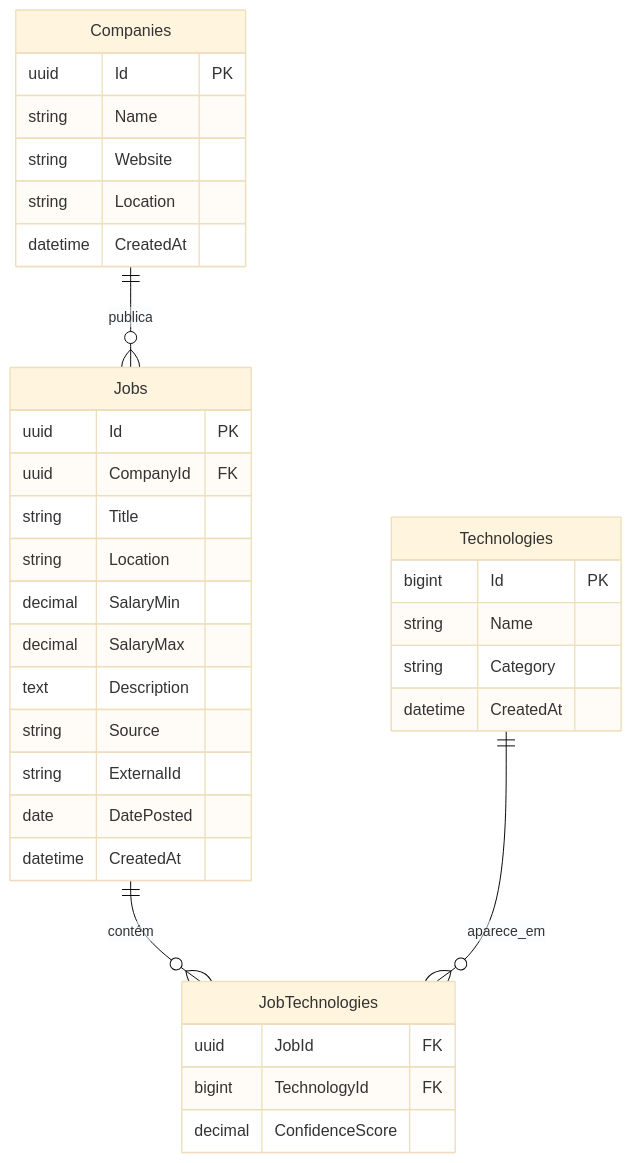
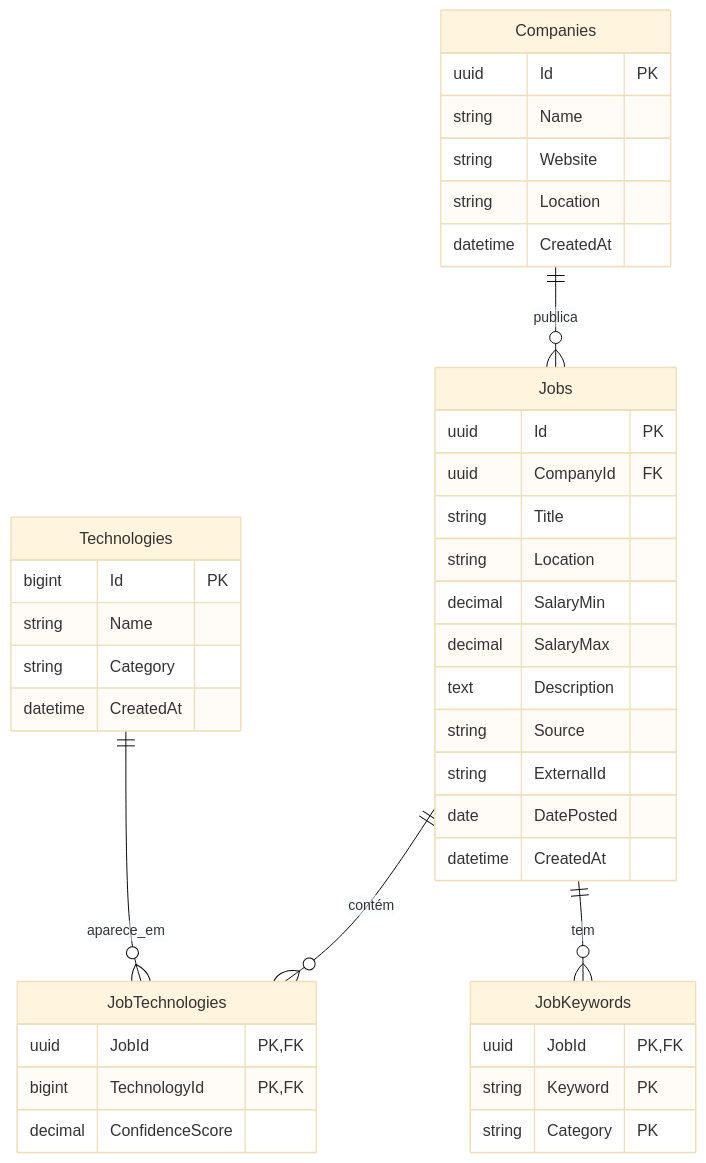
One commit to franciscocosta4/TechScope changed the diagram in ENVIRONMENT.md. Above: the diagram before and after it, drawn with Mermaid (base theme). The commit also changed other lines of this file and 8 other files, not shown here.

````diff
--- a/ENVIRONMENT.md
+++ b/ENVIRONMENT.md
@@ -46,48 +47,50 @@
 ```mermaid
 erDiagram
 
     Companies ||--o{ Jobs : publica
-
     Jobs ||--o{ JobTechnologies : contém
-
+    Jobs ||--o{ JobKeywords : tem
     Technologies ||--o{ JobTechnologies : aparece_em
-
 
     Companies {
         uuid Id PK
         string Name
         string Website
         string Location
         datetime CreatedAt
     }
-
 
     Jobs {
         uuid Id PK
         uuid CompanyId FK
         string Title
         string Location
         decimal SalaryMin
         decimal SalaryMax
         text Description
         string Source
         string ExternalId
         date DatePosted
         datetime CreatedAt
     }
 
-
     Technologies {
         bigint Id PK
         string Name
         string Category
         datetime CreatedAt
     }
 
-
     JobTechnologies {
-        uuid JobId FK
-        bigint TechnologyId FK
+        uuid JobId PK, FK
+        bigint TechnologyId PK, FK
         decimal ConfidenceScore
     }
+
+    JobKeywords {
+        uuid JobId PK, FK
+        string Keyword PK
+        string Category PK
+    }
+
 ```
````
